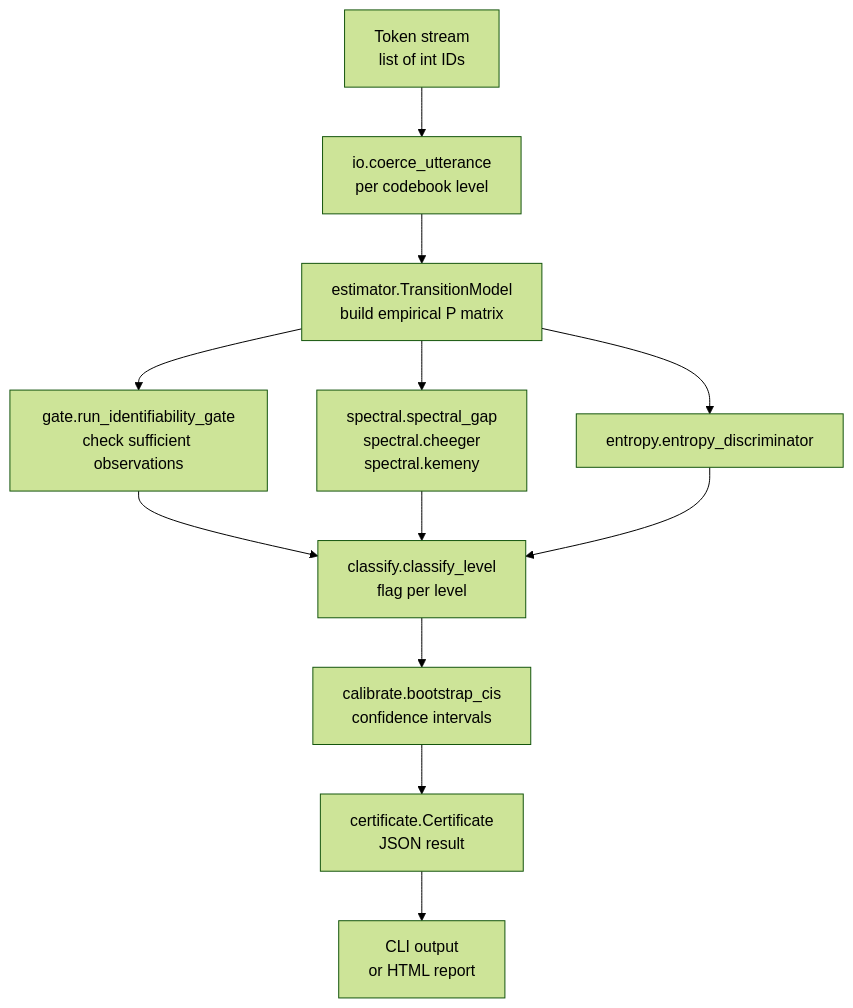
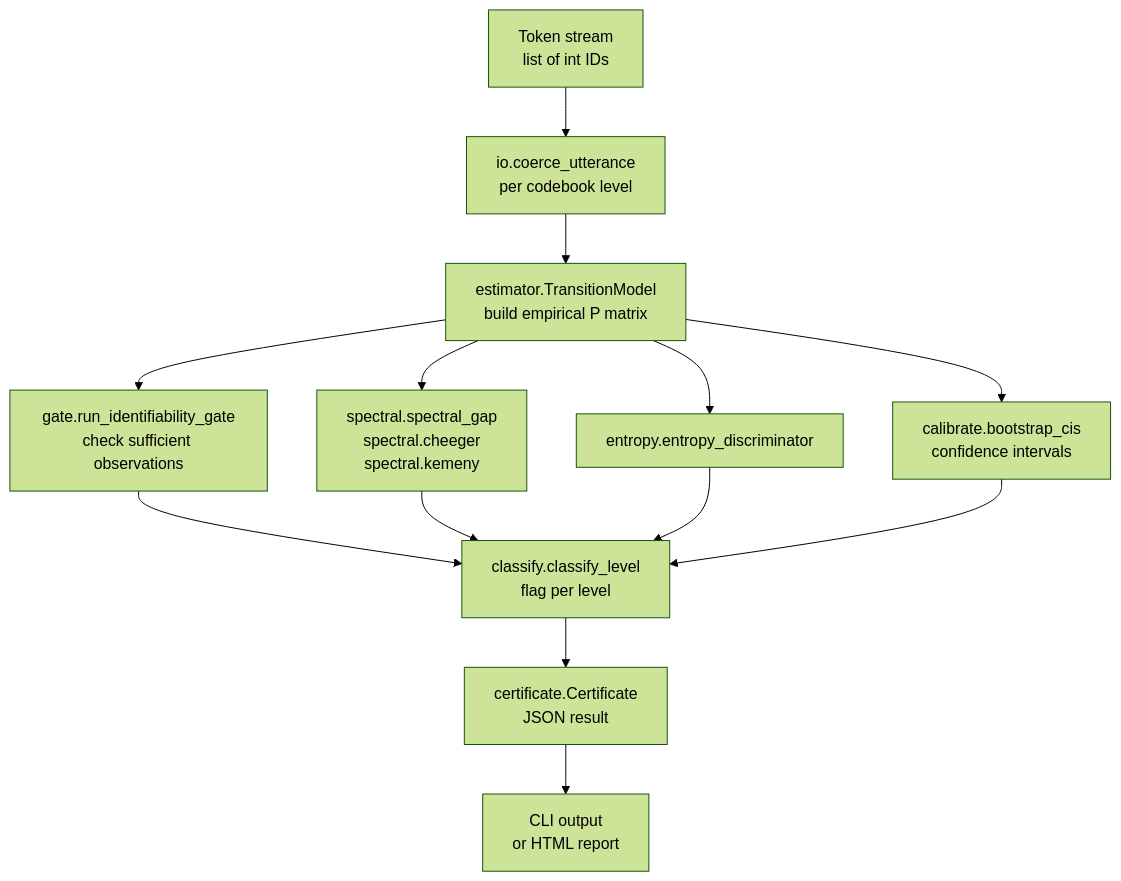
The diagram in README.md (hinanohart/ergogauge), drawn with Mermaid (forest theme) before and after one commit.

Commit message:
docs: QA fix (rendering/content)

````diff
--- a/README.md
+++ b/README.md
@@ -17,14 +17,15 @@
 ```mermaid
 flowchart TD
     Input[Token stream<br>list of int IDs] --> Coerce[io.coerce_utterance<br>per codebook level]
     Coerce --> Estimator[estimator.TransitionModel<br>build empirical P matrix]
     Estimator --> Gate[gate.run_identifiability_gate<br>check sufficient observations]
     Estimator --> Spectral[spectral.spectral_gap<br>spectral.cheeger<br>spectral.kemeny]
     Estimator --> Entropy[entropy.entropy_discriminator]
+    Estimator --> Bootstrap[calibrate.bootstrap_cis<br>confidence intervals]
     Gate --> Classify[classify.classify_level<br>flag per level]
     Spectral --> Classify
     Entropy --> Classify
-    Classify --> Bootstrap[calibrate.bootstrap_cis<br>confidence intervals]
-    Bootstrap --> Certificate[certificate.Certificate<br>JSON result]
+    Bootstrap --> Classify
+    Classify --> Certificate[certificate.Certificate<br>JSON result]
     Certificate --> CLI[CLI output<br>or HTML report]
 ```
````
